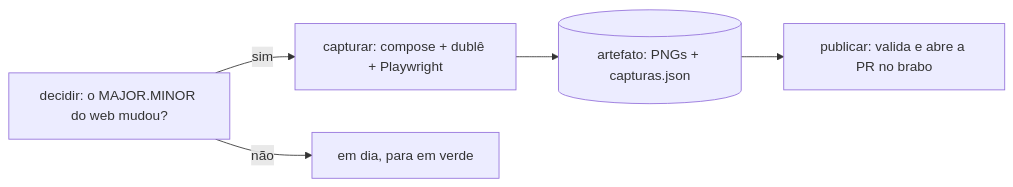
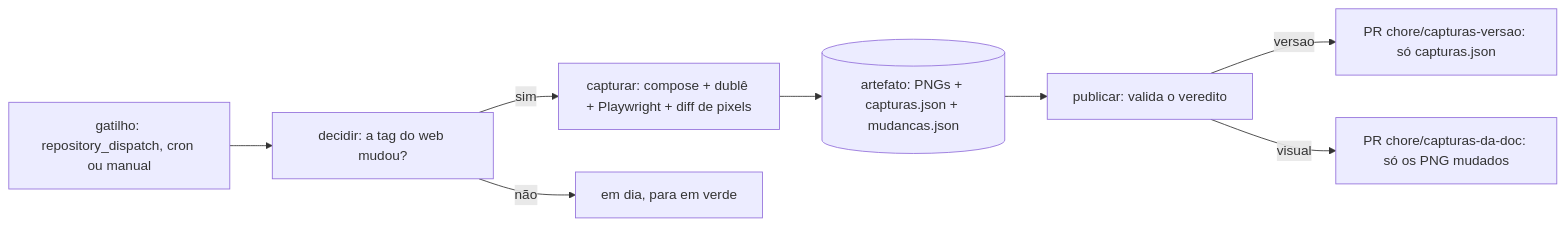
One commit to viralabs-dev/brabo-qa changed the diagram in docs/capturas/como-funciona.md. Above: the diagram before and after it, drawn with Mermaid. The commit also changed other lines of this file and 10 other files, not shown here.

First line of the commit message:
feat(capturas): recaptura pela pin do web e PR só quando a imagem muda (AT-878)

````diff
--- a/docs/capturas/como-funciona.md
+++ b/docs/capturas/como-funciona.md
@@ -9,7 +9,10 @@
 ```mermaid
 flowchart LR
-  D[decidir: o MAJOR.MINOR do web mudou?] -->|sim| C[capturar: compose + dublê + Playwright]
+  G[gatilho: repository_dispatch, cron ou manual] --> D[decidir: a tag do web mudou?]
+  D -->|sim| C[capturar: compose + dublê + Playwright + diff de pixels]
   D -->|não| F[em dia, para em verde]
-  C --> A[(artefato: PNGs + capturas.json)]
-  A --> P[publicar: valida e abre a PR no brabo]
+  C --> A[(artefato: PNGs + capturas.json + mudancas.json)]
+  A --> P[publicar: valida o veredito]
+  P -->|versao| V[PR chore/capturas-versao: só capturas.json]
+  P -->|visual| W[PR chore/capturas-da-doc: só os PNG mudados]
 ```
````
